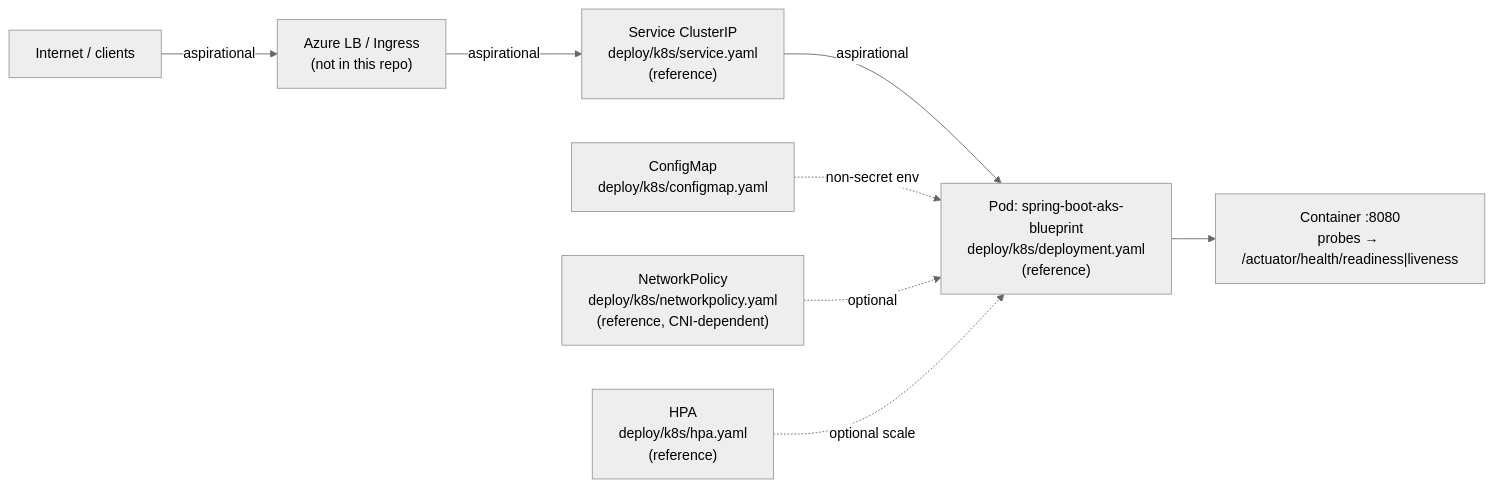
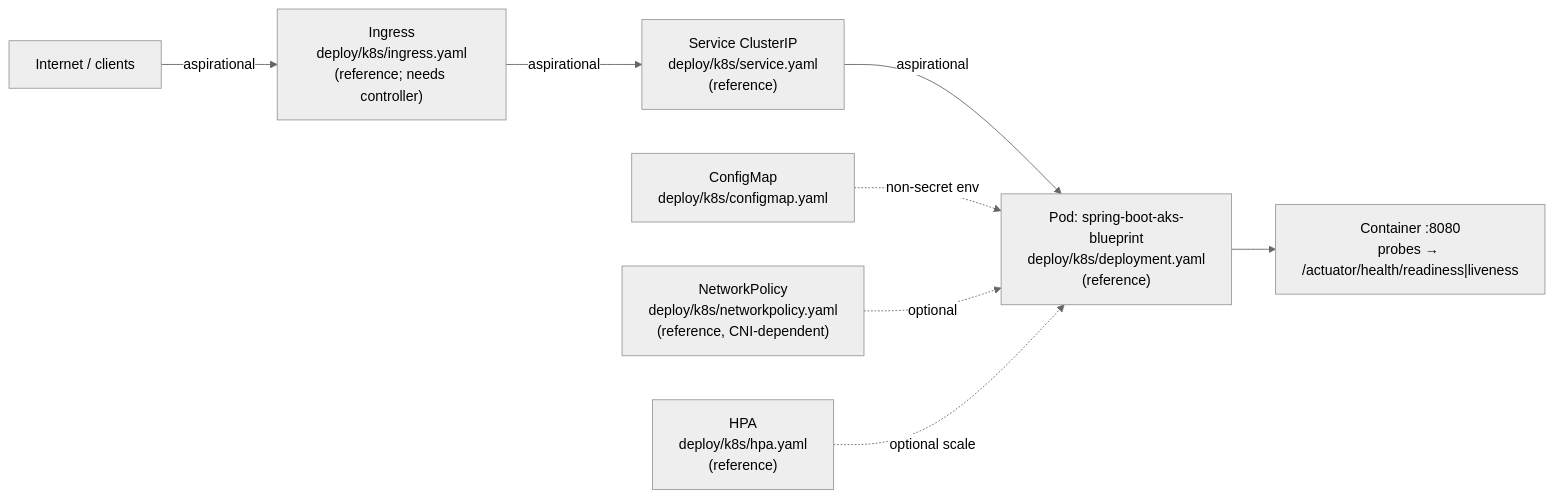
Before and after one commit to rmkr-dev/spring-boot-aks-blueprint: the second of 2 diagrams in docs/architecture/network-diagram.md, drawn with Mermaid (neutral theme). The commit also changed other lines of this file and 3 other files, not shown here.

First line of the commit message:
docs: CHANGELOG and architecture for Ingress sample

````diff
--- a/docs/architecture/network-diagram.md
+++ b/docs/architecture/network-diagram.md
@@ -26,10 +26,10 @@
 ```mermaid
 flowchart LR
-  Internet["Internet / clients"] -->|"aspirational"| LB["Azure LB / Ingress<br/>(not in this repo)"]
-  LB -->|"aspirational"| Svc["Service ClusterIP<br/>deploy/k8s/service.yaml<br/>(reference)"]
+  Internet["Internet / clients"] -->|"aspirational"| Ing["Ingress<br/>deploy/k8s/ingress.yaml<br/>(reference; needs controller)"]
+  Ing -->|"aspirational"| Svc["Service ClusterIP<br/>deploy/k8s/service.yaml<br/>(reference)"]
   Svc -->|"aspirational"| Pod["Pod: spring-boot-aks-blueprint<br/>deploy/k8s/deployment.yaml<br/>(reference)"]
   Pod --> App["Container :8080<br/>probes → /actuator/health/readiness|liveness"]
   CM["ConfigMap<br/>deploy/k8s/configmap.yaml"] -.->|"non-secret env"| Pod
   NP["NetworkPolicy<br/>deploy/k8s/networkpolicy.yaml<br/>(reference, CNI-dependent)"] -.->|"optional"| Pod
   HPA["HPA<br/>deploy/k8s/hpa.yaml<br/>(reference)"] -.->|"optional scale"| Pod
 ```
````
